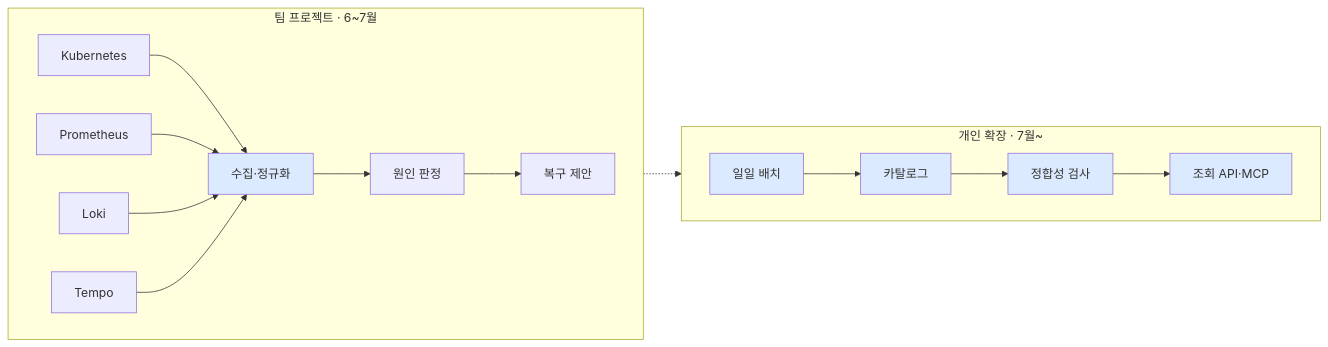
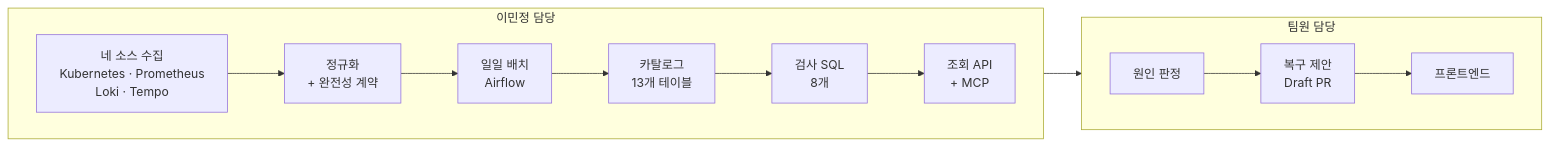
One commit to woonyong-kr/k8s-ops-min changed the diagram in README.md. Above: the diagram before and after it, drawn with Mermaid. The commit also changed other lines of this file and 2 other files, not shown here.

````diff
--- a/README.md
+++ b/README.md
@@ -13,21 +13,13 @@
 ```mermaid
 flowchart LR
-    subgraph T ["팀 프로젝트 · 6~7월"]
+    subgraph MINE ["이민정 담당"]
         direction LR
-        K[Kubernetes] --> N
-        P[Prometheus] --> N
-        L[Loki] --> N
-        TP[Tempo] --> N
-        N[수집·정규화] --> R[원인 판정]
-        R --> G[복구 제안]
+        S["네 소스 수집<br/>Kubernetes · Prometheus<br/>Loki · Tempo"] --> N["정규화<br/>+ 완전성 계약"]
+        N --> B["일일 배치<br/>Airflow"] --> C["카탈로그<br/>13개 테이블"] --> Q["검사 SQL<br/>8개"] --> A["조회 API<br/>+ MCP"]
     end
-    subgraph I ["개인 확장 · 7월~"]
+    subgraph TEAM ["팀원 담당"]
         direction LR
-        N -.-> B[일일 배치] --> C[카탈로그] --> Q[정합성 검사] --> A[조회 API·MCP]
+        R["원인 판정"] --> G["복구 제안<br/>Draft PR"] --> F["프론트엔드"]
     end
-    style N fill:#dbeafe
-    style B fill:#dbeafe
-    style C fill:#dbeafe
-    style Q fill:#dbeafe
-    style A fill:#dbeafe
+    N --> R
 ```
````
